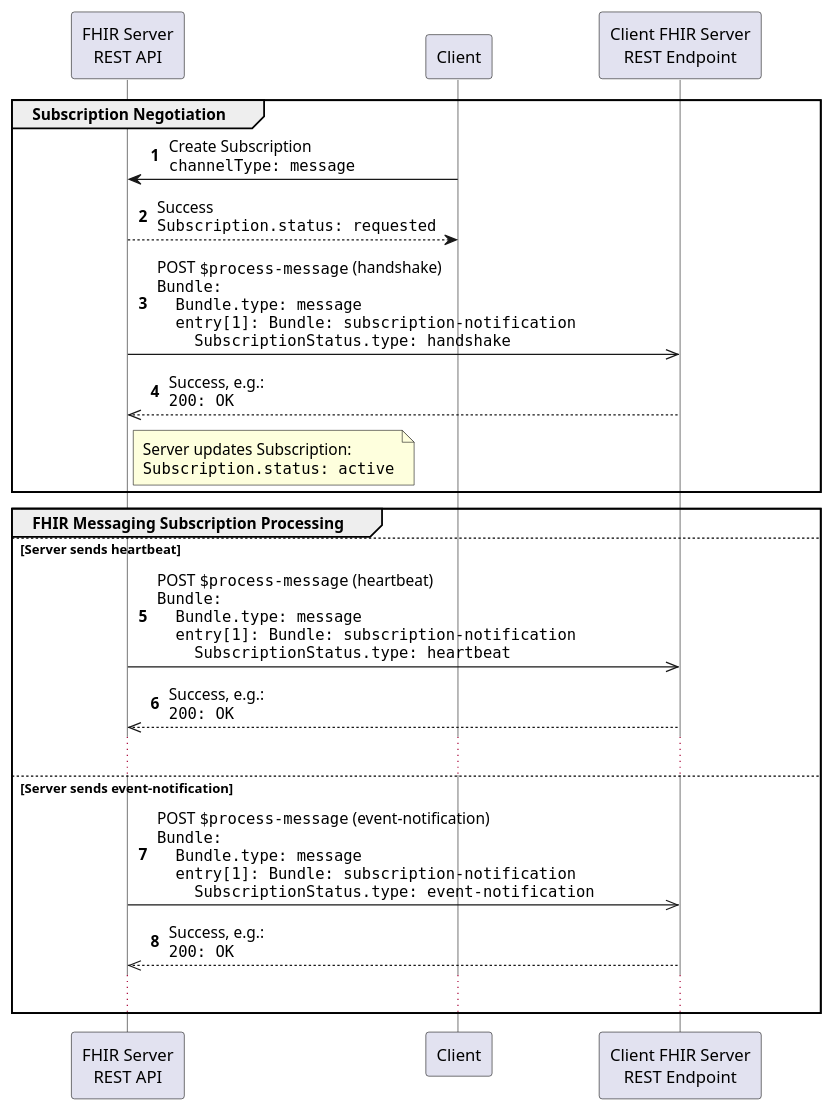
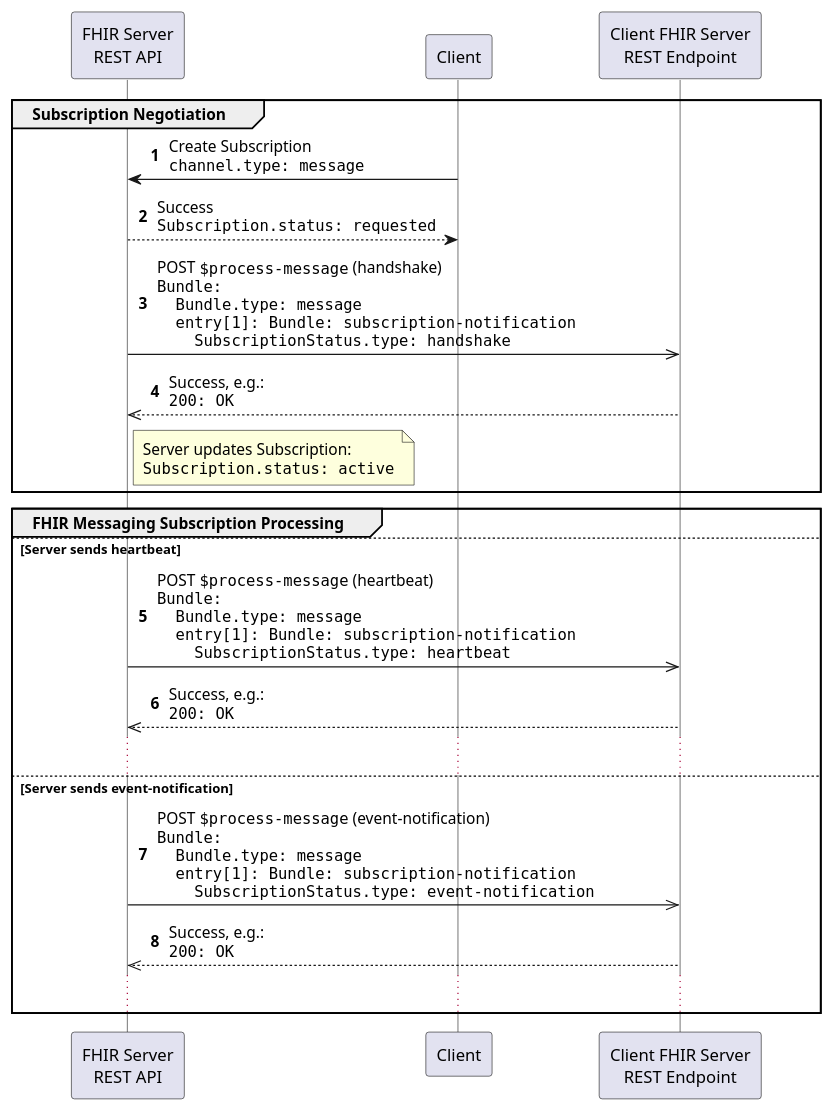
Before and after one commit to HL7/fhir-subscription-backport-ig: the diagram in input/images-source/channel-messaging.plantuml, drawn with PlantUML. The commit also changed 17 other files, not shown here.

```diff
--- a/input/images-source/channel-messaging.plantuml
+++ b/input/images-source/channel-messaging.plantuml
@@ -1,37 +1,37 @@
 @startuml
 skinparam NoteTextAlignment left
 skinparam Padding 2
 skinparam ParticipantPadding 40
 skinparam LifelineStrategy solid
 autonumber
 
 participant "FHIR Server\nREST API"     as S
 participant "Client"                    as C
 participant "Client FHIR Server\nREST Endpoint" as E
 
 group Subscription Negotiation
-  C->S: Create Subscription\n""channelType: message""
+  C->S: Create Subscription\n""channel.type: message""
   return Success\n""Subscription.status: requested""
 
   S->>E: POST ""$process-message"" (handshake)\n""Bundle:""\n""  Bundle.type: message""\n""  entry[1]: Bundle: subscription-notification""\n""    SubscriptionStatus.type: handshake""
   return Success, e.g.:\n""200: OK""
 
   note right of S
     Server updates Subscription:
     ""Subscription.status: active""
   end note
 
 end
 
 group FHIR Messaging Subscription Processing
 else Server sends heartbeat
   S->>E: POST ""$process-message"" (heartbeat)\n""Bundle:""\n""  Bundle.type: message""\n""  entry[1]: Bundle: subscription-notification""\n""    SubscriptionStatus.type: heartbeat""
   return Success, e.g.:\n""200: OK""
   ...
 else Server sends event-notification
   S->>E: POST ""$process-message"" (event-notification)\n""Bundle:""\n""  Bundle.type: message""\n""  entry[1]: Bundle: subscription-notification""\n""    SubscriptionStatus.type: event-notification""
   return Success, e.g.:\n""200: OK""
   ...
 end
 
 @enduml
```
